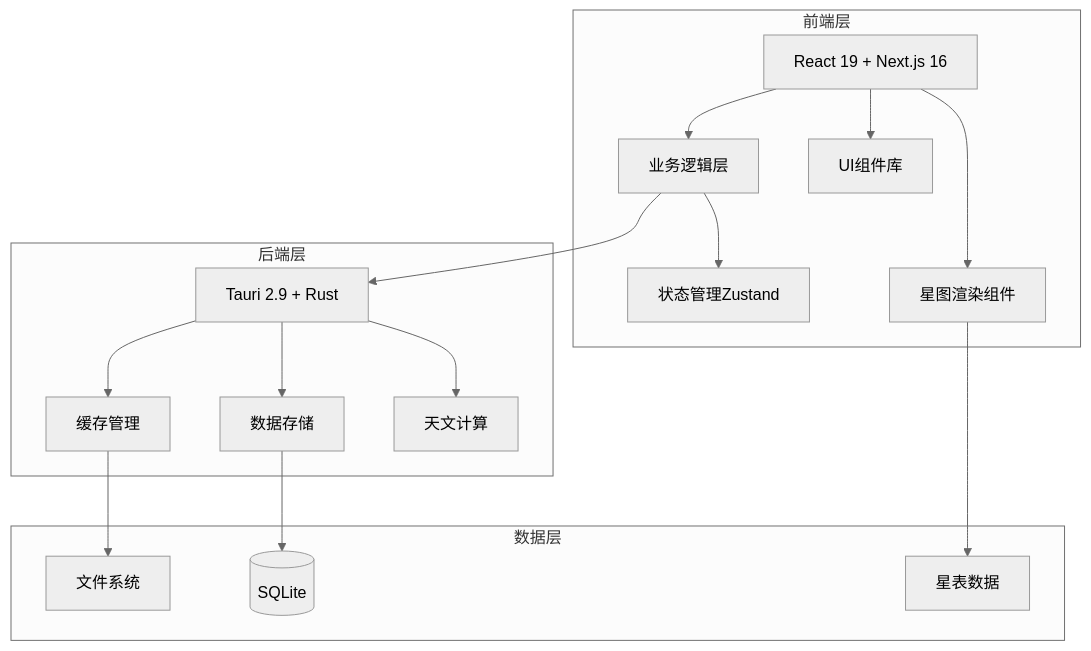
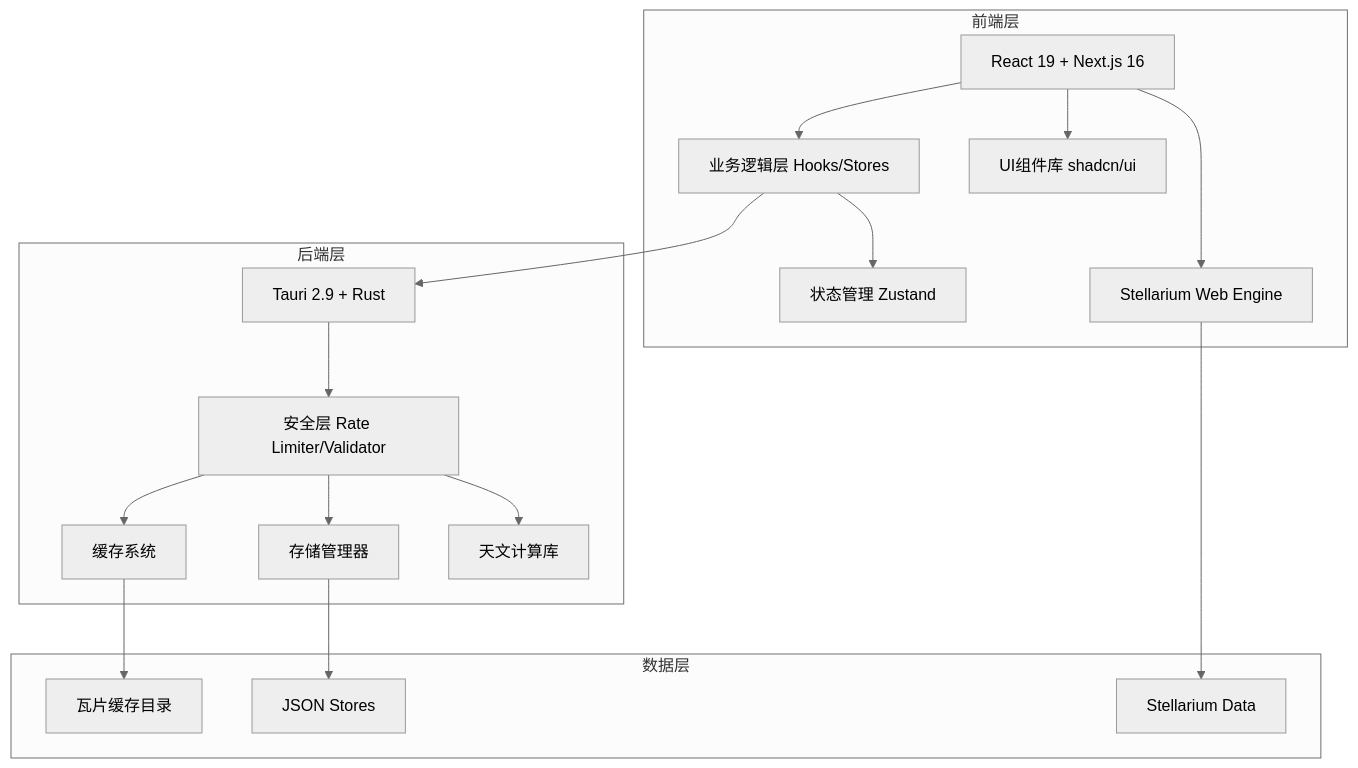
One commit to AstroAir/skymap-test changed the diagram in docs/index.md. Above: the diagram before and after it, drawn with Mermaid (neutral theme). The commit also changed other lines of this file and 12 other files, not shown here.

````diff
--- a/docs/index.md
+++ b/docs/index.md
@@ -71,35 +71,37 @@
 ```mermaid
 graph TB
     subgraph 前端层
         A[React 19 + Next.js 16]
-        B[星图渲染组件]
-        C[UI组件库]
-        D[业务逻辑层]
-        E[状态管理Zustand]
+        B[Stellarium Web Engine]
+        C[UI组件库 shadcn/ui]
+        D[业务逻辑层 Hooks/Stores]
+        E[状态管理 Zustand]
     end
 
     subgraph 后端层
         F[Tauri 2.9 + Rust]
-        G[天文计算]
-        H[数据存储]
-        I[缓存管理]
+        G[天文计算库]
+        H[存储管理器]
+        I[缓存系统]
+        S[安全层 Rate Limiter/Validator]
     end
 
     subgraph 数据层
-        J[(SQLite)]
-        K[文件系统]
-        L[星表数据]
+        J[JSON Stores]
+        K[瓦片缓存目录]
+        L[Stellarium Data]
     end
 
     A --> B
     A --> C
     A --> D
     D --> E
     D --> F
-    F --> G
-    F --> H
-    F --> I
+    F --> S
+    S --> G
+    S --> H
+    S --> I
     H --> J
     I --> K
     B --> L
 ```
````
